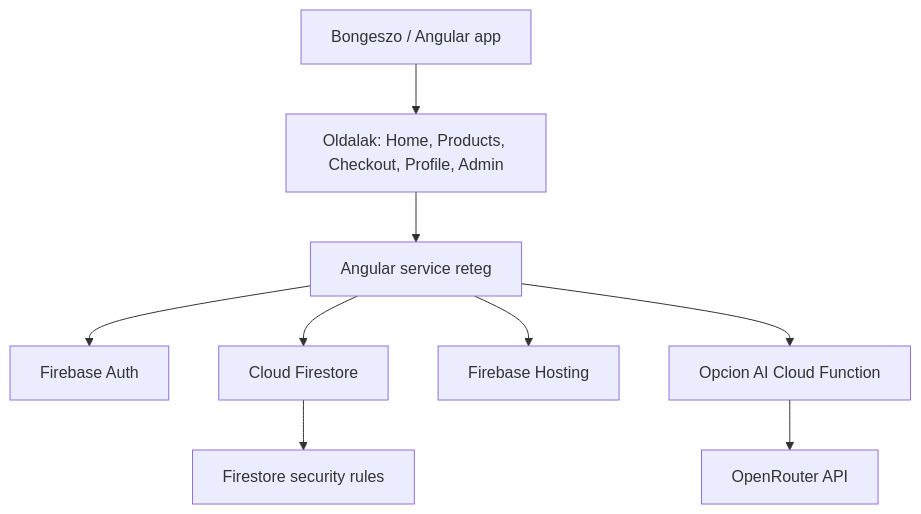
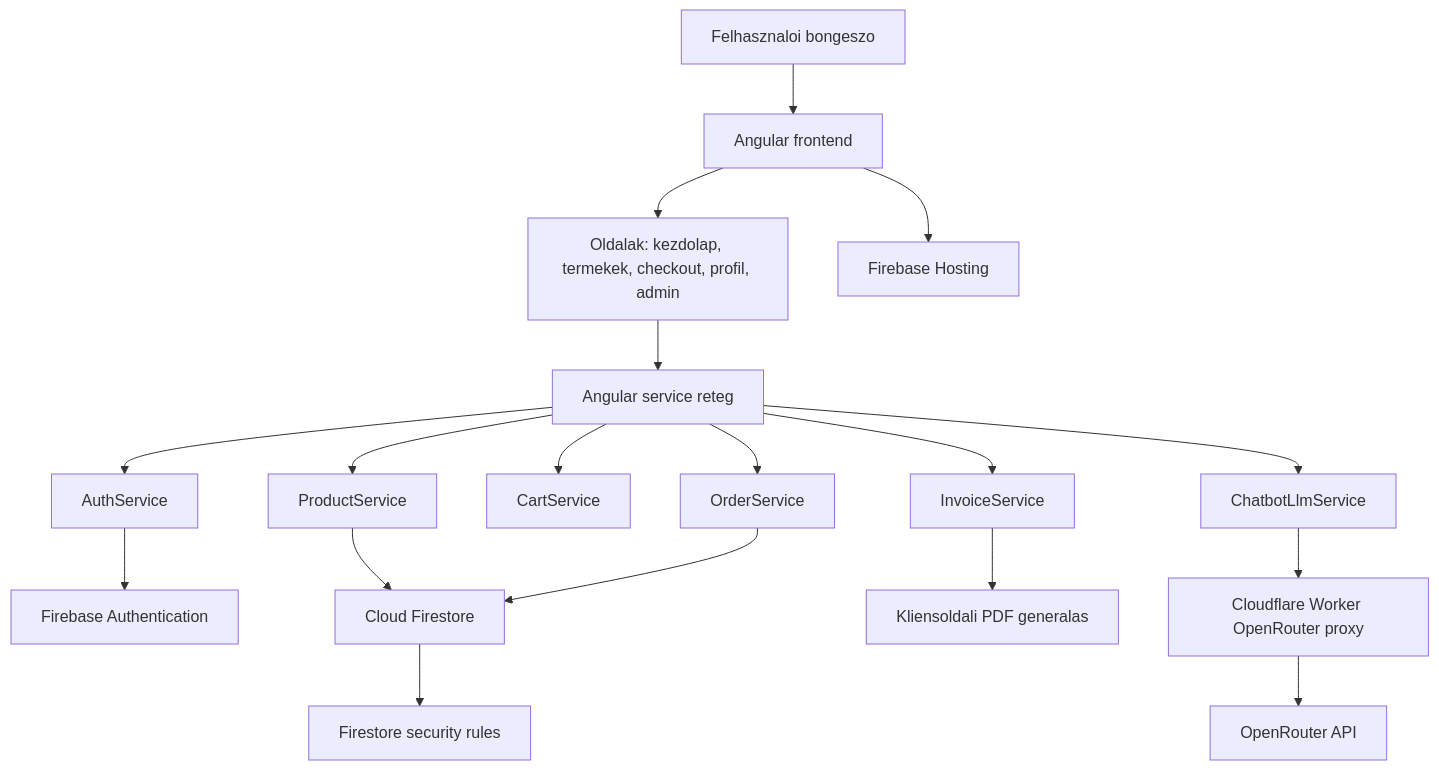
One commit to deadinsideDawe/TDLWebshop changed the second of 8 diagrams in docs/02_architecture/thesis_diagrams.md. Above: the diagram before and after it, drawn with Mermaid. The commit also changed other lines of this file and 19 other files, not shown here.

````diff
--- a/docs/02_architecture/thesis_diagrams.md
+++ b/docs/02_architecture/thesis_diagrams.md
@@ -22,11 +71,42 @@
 ```mermaid
 flowchart TB
-  Browser["Bongeszo / Angular app"] --> Pages["Oldalak: Home, Products, Checkout, Profile, Admin"]
-  Pages --> Services["Angular service reteg"]
-  Services --> Auth["Firebase Auth"]
-  Services --> Firestore["Cloud Firestore"]
-  Services --> Hosting["Firebase Hosting"]
-  Services --> AiFunction["Opcion AI Cloud Function"]
-  AiFunction --> OpenRouter["OpenRouter API"]
-  Firestore --> Rules["Firestore security rules"]
+  Browser["Felhasznaloi bongeszo"]
+  Angular["Angular frontend"]
+  Pages["Oldalak: kezdolap, termekek, checkout, profil, admin"]
+  Services["Angular service reteg"]
+
+  AuthService["AuthService"]
+  ProductService["ProductService"]
+  CartService["CartService"]
+  OrderService["OrderService"]
+  InvoiceService["InvoiceService"]
+  ChatbotService["ChatbotLlmService"]
+
+  FirebaseHosting["Firebase Hosting"]
+  FirebaseAuth["Firebase Authentication"]
+  Firestore["Cloud Firestore"]
+  Rules["Firestore security rules"]
+  Pdf["Kliensoldali PDF generalas"]
+  Worker["Cloudflare Worker OpenRouter proxy"]
+  OpenRouter["OpenRouter API"]
+
+  Browser --> Angular
+  Angular --> Pages
+  Pages --> Services
+  Angular --> FirebaseHosting
+
+  Services --> AuthService
+  Services --> ProductService
+  Services --> CartService
+  Services --> OrderService
+  Services --> InvoiceService
+  Services --> ChatbotService
+
+  AuthService --> FirebaseAuth
+  ProductService --> Firestore
+  OrderService --> Firestore
+  Firestore --> Rules
+  InvoiceService --> Pdf
+  ChatbotService --> Worker
+  Worker --> OpenRouter
 ```
````
